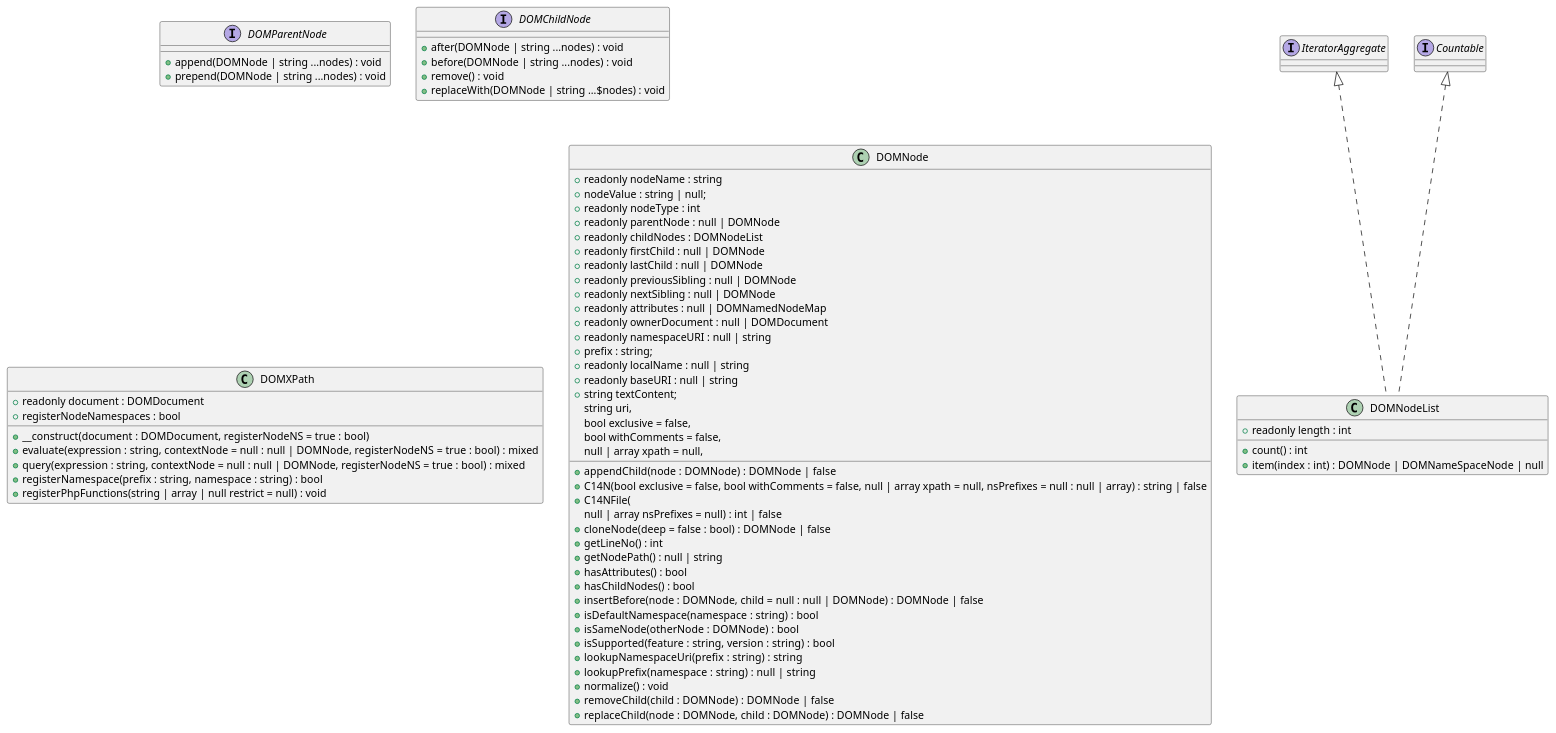
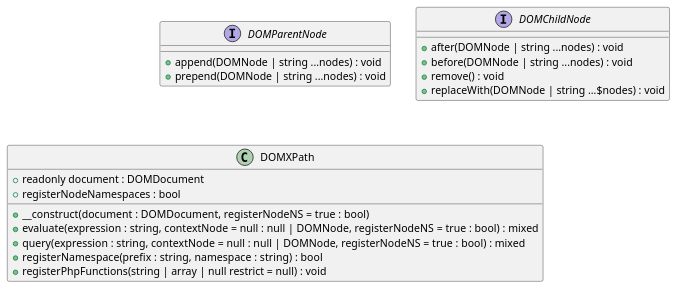
The diagram in dom/base.puml (kurt-krueckeberg/understanding-dom), drawn with PlantUML before and after one commit. The commit also changed 13 other files, not shown here.

```diff
--- a/dom/base.puml
+++ b/dom/base.puml
@@ -1,78 +1,26 @@
 @startuml
-interface IteratorAggregate
-interface Countable
-IteratorAggregate <|.. DOMNodeList 
-Countable <|.. DOMNodeList 
-
-class DOMNodeList {  
-  +readonly length : int 
-  +count() : int
-  +item(index :  int) : DOMNode | DOMNameSpaceNode | null
-}
-
 interface DOMParentNode {
   +append(DOMNode | string ...nodes) : void
   +prepend(DOMNode | string ...nodes) : void
 }
 
 interface DOMChildNode {
 
   +after(DOMNode | string ...nodes) : void
   +before(DOMNode | string ...nodes) : void
   +remove() : void
   +replaceWith(DOMNode | string ...$nodes) : void
 }
 
 class DOMXPath {
 
   +readonly document : DOMDocument 
   +registerNodeNamespaces : bool
 
   +__construct(document :  DOMDocument, registerNodeNS = true : bool)
   +evaluate(expression :  string, contextNode = null : null | DOMNode, registerNodeNS = true : bool) : mixed
   +query(expression :  string, contextNode = null : null | DOMNode, registerNodeNS = true : bool) : mixed
   +registerNamespace(prefix :  string, namespace : string) : bool
   +registerPhpFunctions(string | array | null restrict = null) : void
 }
-
-class DOMNode {
-  +readonly nodeName : string
-  +nodeValue : string | null;
-  +readonly nodeType : int 
-  +readonly parentNode : null | DOMNode
-  +readonly childNodes : DOMNodeList
-  +readonly firstChild : null | DOMNode
-  +readonly lastChild : null | DOMNode
-  +readonly previousSibling : null | DOMNode
-  +readonly nextSibling : null | DOMNode
-  +readonly attributes : null | DOMNamedNodeMap
-  +readonly ownerDocument : null | DOMDocument
-  +readonly namespaceURI : null | string
-  +prefix : string;
-  +readonly localName : null | string
-  +readonly baseURI : null | string
-  +string textContent;
-  +appendChild(node :  DOMNode) : DOMNode | false
-  +C14N(bool exclusive = false, bool withComments = false,  null | array xpath = null, nsPrefixes = null : null | array) : string | false
-  +C14NFile(
-    string uri,
-    bool exclusive = false,
-    bool withComments = false,
-    null | array xpath = null,
-    null | array nsPrefixes = null) : int | false
-  +cloneNode(deep = false :  bool) : DOMNode | false
-  +getLineNo() : int
-  +getNodePath() : null | string
-  +hasAttributes() : bool
-  +hasChildNodes() : bool
-  +insertBefore(node :  DOMNode, child = null : null | DOMNode) : DOMNode | false
-  +isDefaultNamespace(namespace :  string) : bool
-  +isSameNode(otherNode :  DOMNode) : bool
-  +isSupported(feature :  string, version : string) : bool
-  +lookupNamespaceUri(prefix :  string) : string
-  +lookupPrefix(namespace :  string) : null | string
-  +normalize() : void
-  +removeChild(child :  DOMNode) : DOMNode | false
-  +replaceChild(node :  DOMNode, child : DOMNode) : DOMNode | false
-}
 @enduml
```
